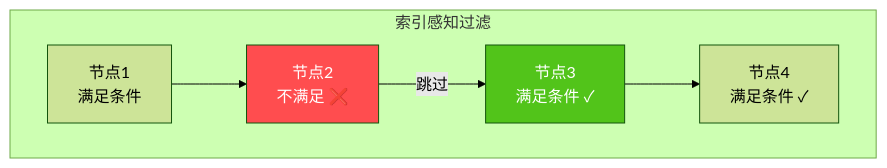
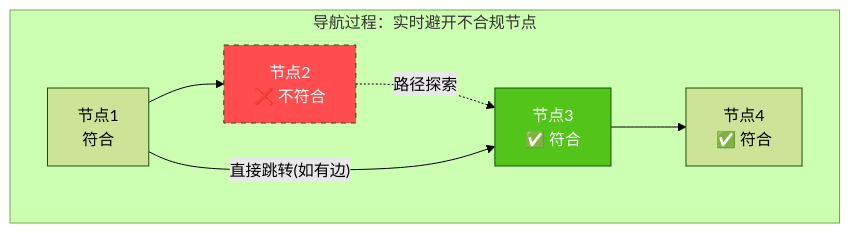
Diagram 33 of 38 in docs/research/003-vector-search-algorithm.md (ThreeFish-AI/agentic-ai-cognizes), drawn with Mermaid (forest theme) before and after one commit. The commit also changed other lines of this file, not shown here.

````diff
--- a/docs/research/003-vector-search-algorithm.md
+++ b/docs/research/003-vector-search-algorithm.md
@@ -2227,12 +2230,13 @@
 ```mermaid
 graph LR
-    subgraph "索引感知过滤"
+    subgraph "导航过程：实时避开不合规节点"
         direction LR
-        N1[节点1<br/>满足条件] --> N2[节点2<br/>不满足 ❌]
-        N2 --> |"跳过"| N3[节点3<br/>满足条件 ✓]
-        N3 --> N4[节点4<br/>满足条件 ✓]
+        N1[节点1<br/>符合] --> N2[节点2<br/>❌ 不符合]
+        N2 -.-> |"路径探索"| N3[节点3<br/>✅ 符合]
+        N1 --> |"直接跳转(如有边)"| N3
+        N3 --> N4[节点4<br/>✅ 符合]
     end
 
-    style N2 fill:#ff4d4f,color:#fff
+    style N2 fill:#ff4d4f,color:#fff,stroke-dasharray: 5 5
     style N3 fill:#52c41a,color:#fff
 ```
````
